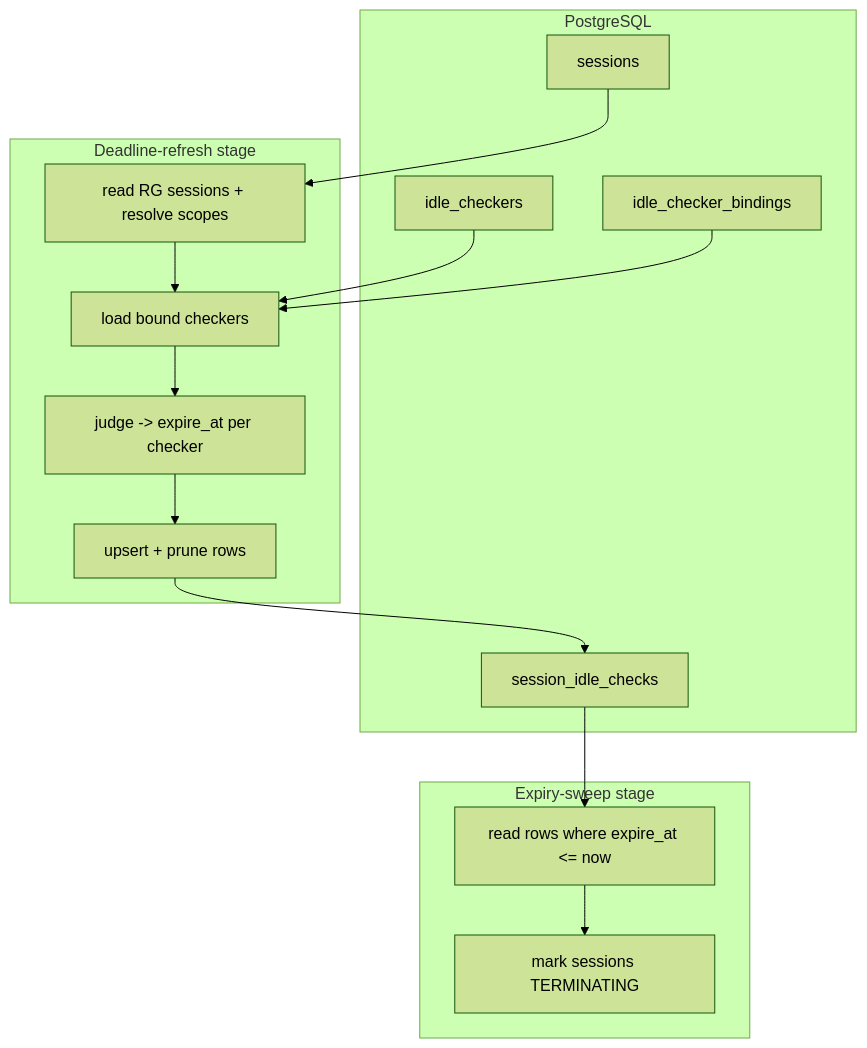
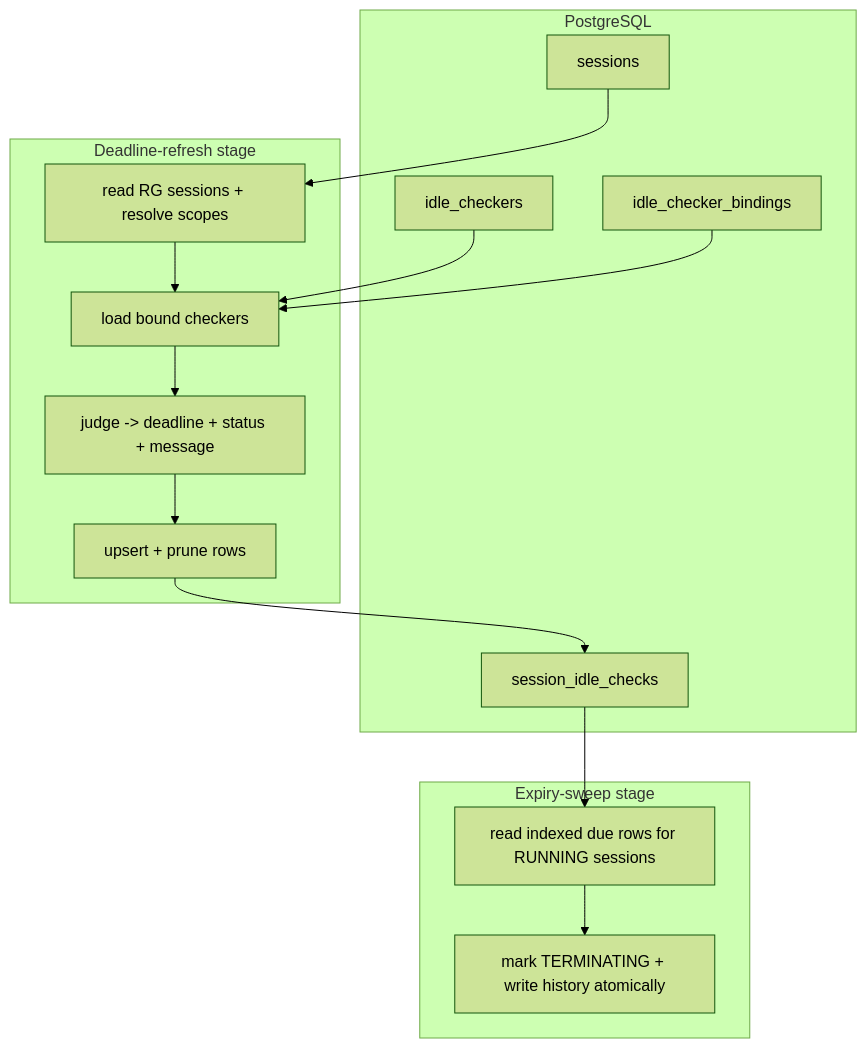
Before and after one commit to lablup/backend.ai: the second of 2 diagrams in proposals/BEP-1054-reconciler-based-idle-checker.md, drawn with Mermaid (forest theme). The commit also changed other lines of this file, not shown here.

Commit message:
docs(BA-6908): clarify idle deadline refresh and sweep semantics

````diff
--- a/proposals/BEP-1054-reconciler-based-idle-checker.md
+++ b/proposals/BEP-1054-reconciler-based-idle-checker.md
@@ -288,27 +295,27 @@
 ```mermaid
 flowchart TB
     subgraph DB[PostgreSQL]
         Sessions[sessions]
         Checkers[idle_checkers]
         Bindings[idle_checker_bindings]
         Deadlines[session_idle_checks]
     end
 
     subgraph Refresh[Deadline-refresh stage]
         ReadSessions[read RG sessions + resolve scopes]
         LoadCheckers[load bound checkers]
-        Judge[judge -> expire_at per checker]
+        Judge[judge -> deadline + status + message]
         Upsert[upsert + prune rows]
     end
 
     subgraph Sweep[Expiry-sweep stage]
-        ReadDue[read rows where expire_at <= now]
-        Mark[mark sessions TERMINATING]
+        ReadDue[read indexed due rows for RUNNING sessions]
+        Mark[mark TERMINATING + write history atomically]
     end
 
     Sessions --> ReadSessions --> LoadCheckers
     Checkers --> LoadCheckers
     Bindings --> LoadCheckers
     LoadCheckers --> Judge --> Upsert --> Deadlines
     Deadlines --> ReadDue --> Mark
 ```
````
